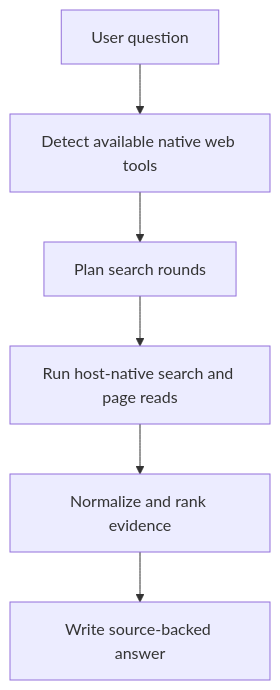
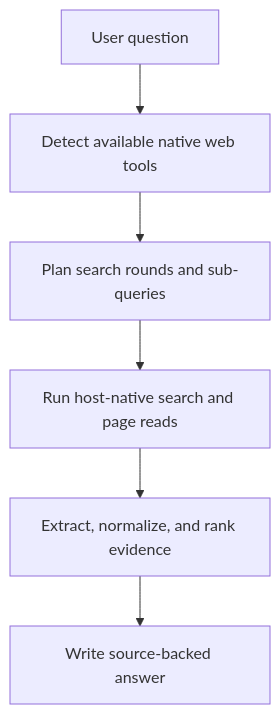
Before and after one commit to hellowind777/hellosearch: the diagram in README.md, drawn with Mermaid. The commit also changed other lines of this file and 22 other files, not shown here.

````diff
--- a/README.md
+++ b/README.md
@@ -97,8 +111,8 @@
 ```mermaid
 flowchart TD
     A[User question] --> B[Detect available native web tools]
-    B --> C[Plan search rounds]
+    B --> C[Plan search rounds and sub-queries]
     C --> D[Run host-native search and page reads]
-    D --> E[Normalize and rank evidence]
+    D --> E[Extract, normalize, and rank evidence]
     E --> F[Write source-backed answer]
 ```
````
